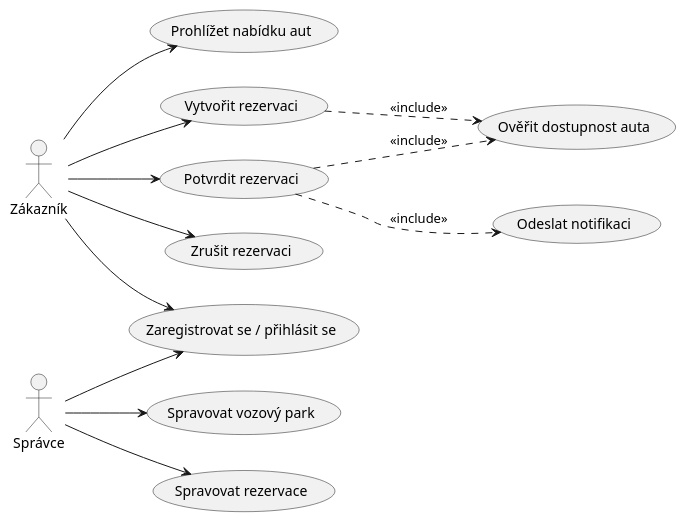
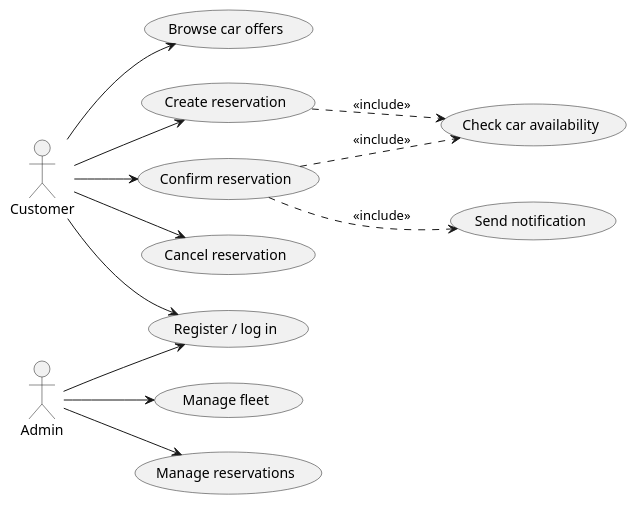
One commit to DavidMagyarics/CarRentalVSB changed the diagram in docs/diagrams/use-case.puml. Above: the diagram before and after it, drawn with PlantUML. The commit also changed 25 other files, not shown here.

```diff
--- a/docs/diagrams/use-case.puml
+++ b/docs/diagrams/use-case.puml
@@ -1,31 +1,31 @@
 @startuml use-case
 left to right direction
 skinparam backgroundColor white
 
-actor "Zákazník" as Zakaznik
-actor "Správce" as Admin
+actor "Customer" as Customer
+actor "Admin" as Admin
 
-usecase "Prohlížet nabídku aut" as UC1
-usecase "Vytvořit rezervaci" as UC2
-usecase "Potvrdit rezervaci" as UC3
-usecase "Zrušit rezervaci" as UC8
-usecase "Zaregistrovat se / přihlásit se" as UC4
-usecase "Spravovat vozový park" as UC5
-usecase "Spravovat rezervace" as UC6
-usecase "Ověřit dostupnost auta" as UC7
-usecase "Odeslat notifikaci" as UC9
+usecase "Browse car offers" as UC1
+usecase "Create reservation" as UC2
+usecase "Confirm reservation" as UC3
+usecase "Cancel reservation" as UC8
+usecase "Register / log in" as UC4
+usecase "Manage fleet" as UC5
+usecase "Manage reservations" as UC6
+usecase "Check car availability" as UC7
+usecase "Send notification" as UC9
 
-Zakaznik --> UC1
-Zakaznik --> UC2
-Zakaznik --> UC3
-Zakaznik --> UC8
-Zakaznik --> UC4
+Customer --> UC1
+Customer --> UC2
+Customer --> UC3
+Customer --> UC8
+Customer --> UC4
 
 Admin --> UC5
 Admin --> UC6
 Admin --> UC4
 
 UC2 ..> UC7 : <<include>>
 UC3 ..> UC7 : <<include>>
 UC3 ..> UC9 : <<include>>
 @enduml
```
